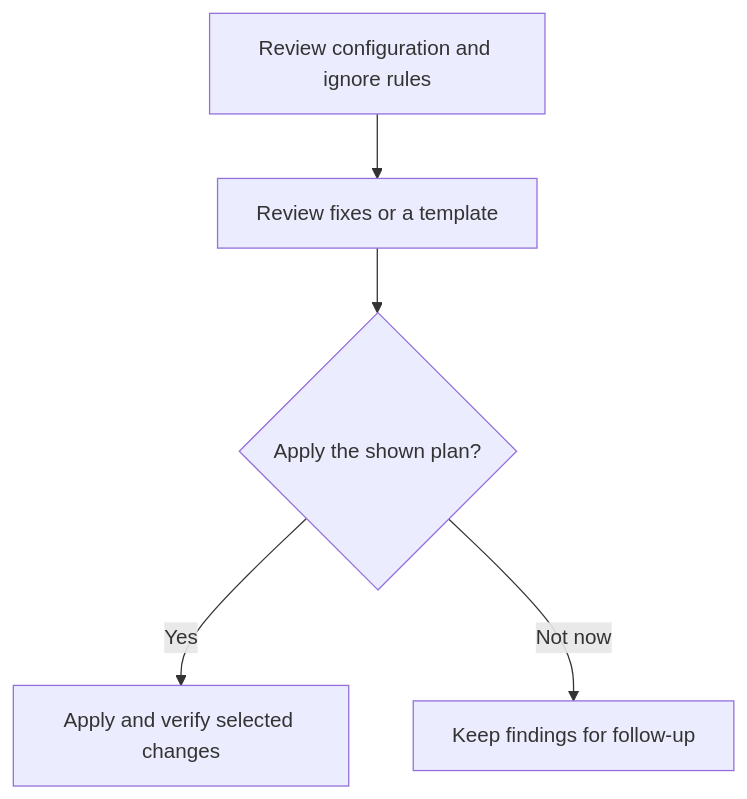
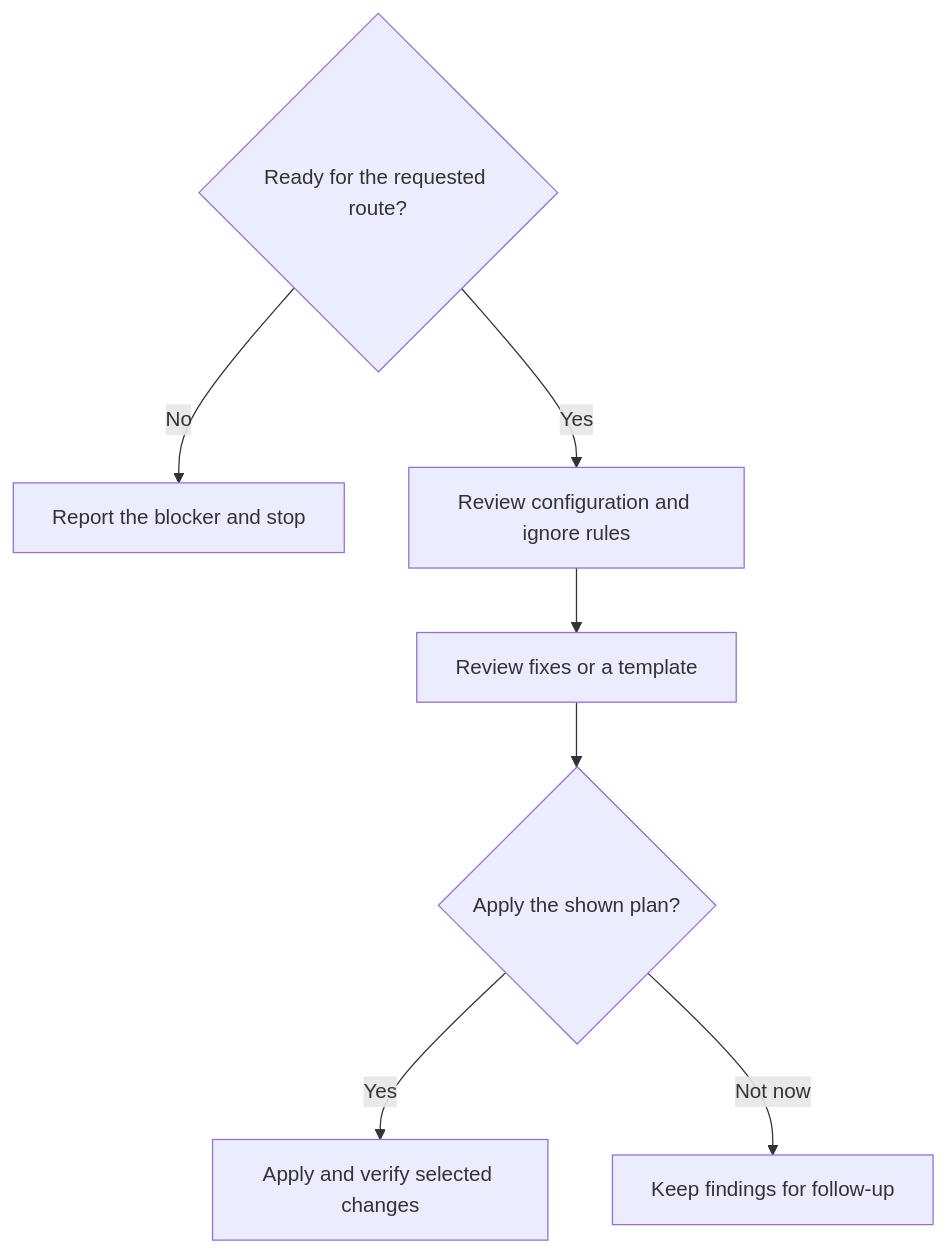
Before and after one commit to myowinthein/agent-helm: the diagram in docs/commands/env.md, drawn with Mermaid. The commit also changed other lines of this file and 45 other files, not shown here.

````diff
--- a/docs/commands/env.md
+++ b/docs/commands/env.md
@@ -17,7 +17,9 @@
 ```mermaid
 flowchart TD
+  Gate{"Ready for the requested route?"} -->|No| Stop["Report the blocker and stop"]
+  Gate -->|Yes| Audit
   Audit["Review configuration and ignore rules"] --> Plan["Review fixes or a template"]
   Plan --> Approve{"Apply the shown plan?"}
   Approve -->|Yes| Apply["Apply and verify selected changes"]
   Approve -->|Not now| Report["Keep findings for follow-up"]
 ```
````
